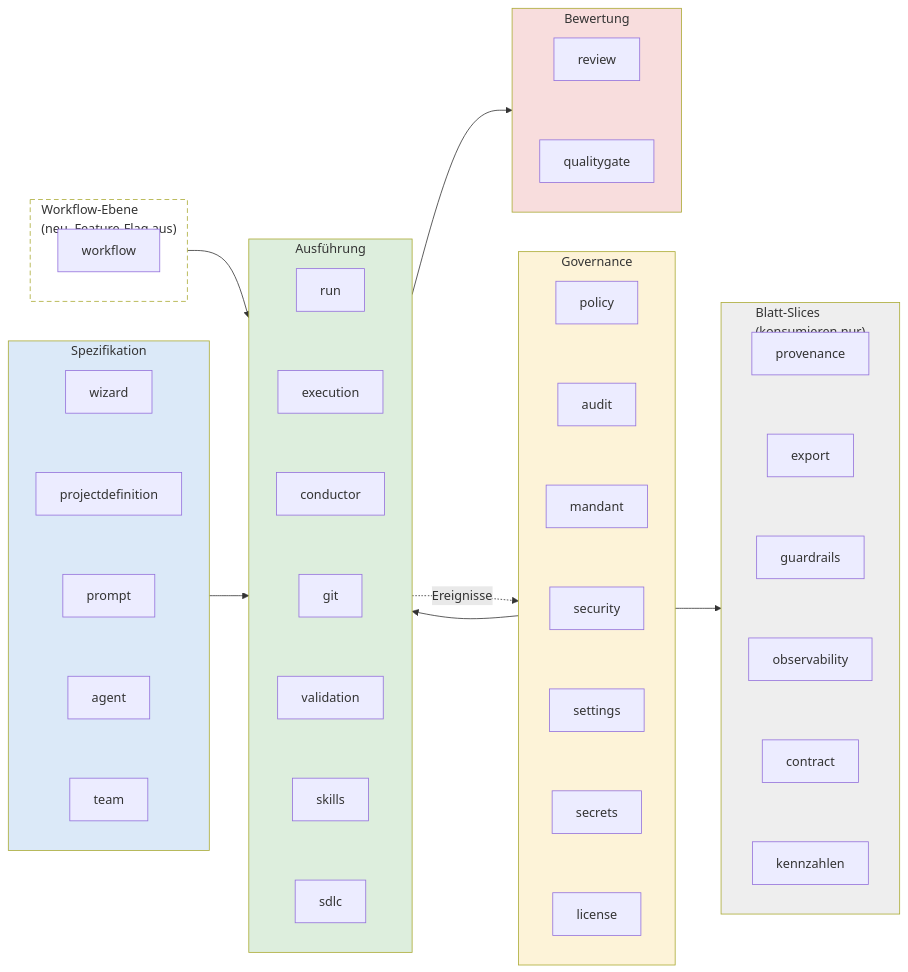
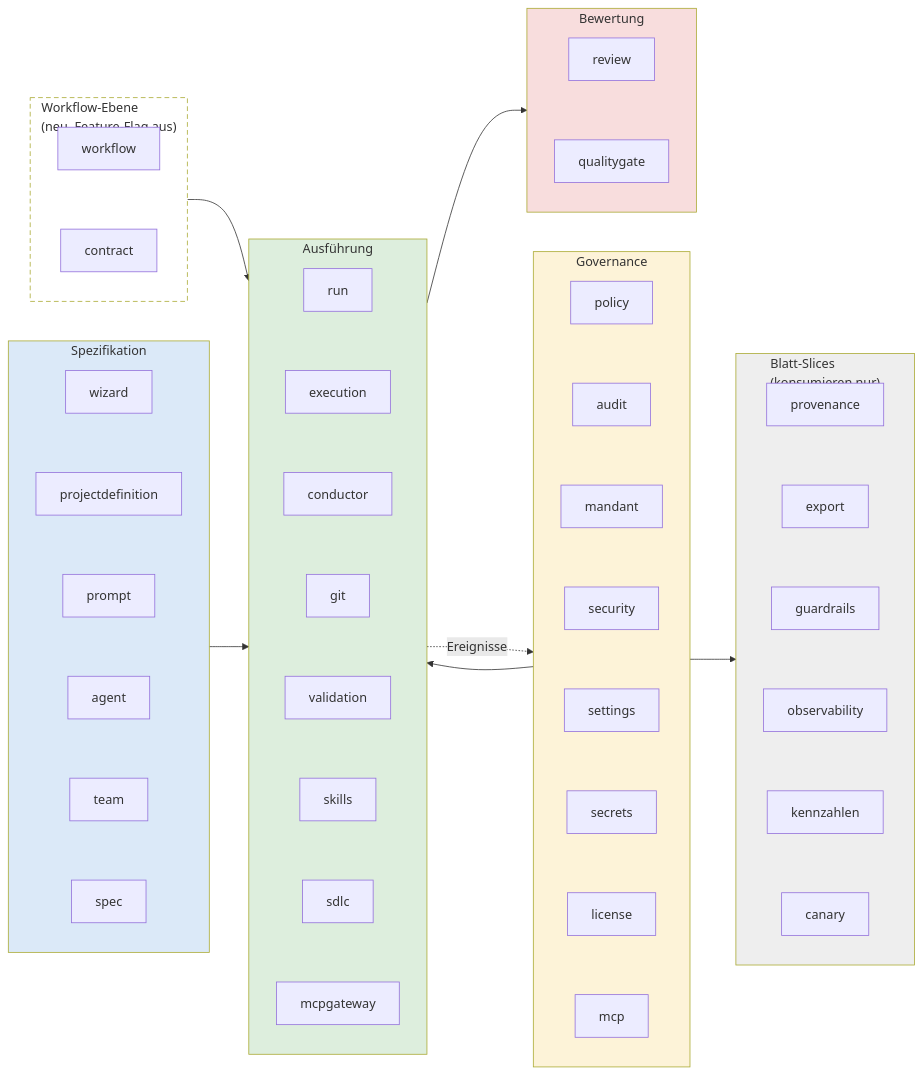
One commit to mjanda0815/agentic-publikation changed the diagram in abbildungen/abb23.mmd. Above: the diagram before and after it, drawn with Mermaid. The commit also changed 57 other files, not shown here.

First line of the commit message:
Version 3.1: Abgleich auf SoftwareFabrik 0.38.0 (Spec-Driven Development, MCP-Absicherung, Offline-Verifier) (#1)

```diff
--- a/abbildungen/abb23.mmd
+++ b/abbildungen/abb23.mmd
@@ -1,37 +1,37 @@
 flowchart LR
     subgraph SPEC["Spezifikation"]
         direction TB
-        WIZ["wizard"] ~~~ PD["projectdefinition"] ~~~ PR["prompt"] ~~~ AG["agent"] ~~~ TE["team"]
+        WIZ["wizard"] ~~~ PD["projectdefinition"] ~~~ PR["prompt"] ~~~ AG["agent"] ~~~ TE["team"] ~~~ SP["spec"]
     end
     subgraph GOV["Governance"]
         direction TB
-        POL["policy"] ~~~ AUD["audit"] ~~~ MAN["mandant"] ~~~ SECU["security"] ~~~ SET["settings"] ~~~ SECR["secrets"] ~~~ LIC["license"]
+        POL["policy"] ~~~ AUD["audit"] ~~~ MAN["mandant"] ~~~ SECU["security"] ~~~ SET["settings"] ~~~ SECR["secrets"] ~~~ LIC["license"] ~~~ MCP["mcp"]
     end
     subgraph EXEC["Ausführung"]
         direction TB
-        RUN["run"] ~~~ EX["execution"] ~~~ CON["conductor"] ~~~ GT["git"] ~~~ VAL["validation"] ~~~ SK["skills"] ~~~ SD["sdlc"]
+        RUN["run"] ~~~ EX["execution"] ~~~ CON["conductor"] ~~~ GT["git"] ~~~ VAL["validation"] ~~~ SK["skills"] ~~~ SD["sdlc"] ~~~ MGW["mcpgateway"]
     end
     subgraph QUAL["Bewertung"]
         direction TB
         REV["review"] ~~~ QG["qualitygate"]
     end
     subgraph LEAF["Blatt-Slices<br/>(konsumieren nur)"]
         direction TB
-        PROV["provenance"] ~~~ EXP["export"] ~~~ GR["guardrails"] ~~~ OBS["observability"] ~~~ CTR["contract"] ~~~ KZ["kennzahlen"]
+        PROV["provenance"] ~~~ EXP["export"] ~~~ GR["guardrails"] ~~~ OBS["observability"] ~~~ KZ["kennzahlen"] ~~~ CAN["canary"]
     end
     subgraph WFL["Workflow-Ebene<br/>(neu, Feature-Flag aus)"]
         direction TB
-        WF["workflow"]
+        WF["workflow"] ~~~ CTR["contract"]
     end
     WFL --> EXEC
     SPEC --> EXEC
     GOV --> EXEC
     EXEC --> QUAL
     EXEC -. "Ereignisse" .-> GOV
     GOV --> LEAF
     style SPEC fill:#dbe9f8
     style EXEC fill:#ddeedd
     style QUAL fill:#f8dddd
     style GOV fill:#fdf3d8
     style LEAF fill:#eeeeee
     style WFL fill:#ffffff,stroke-dasharray: 6 4
```
